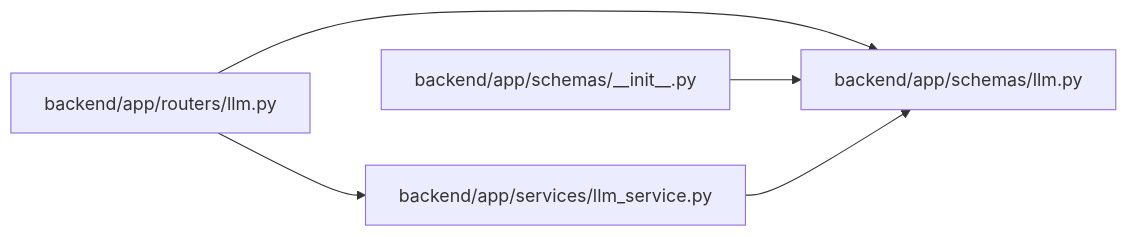
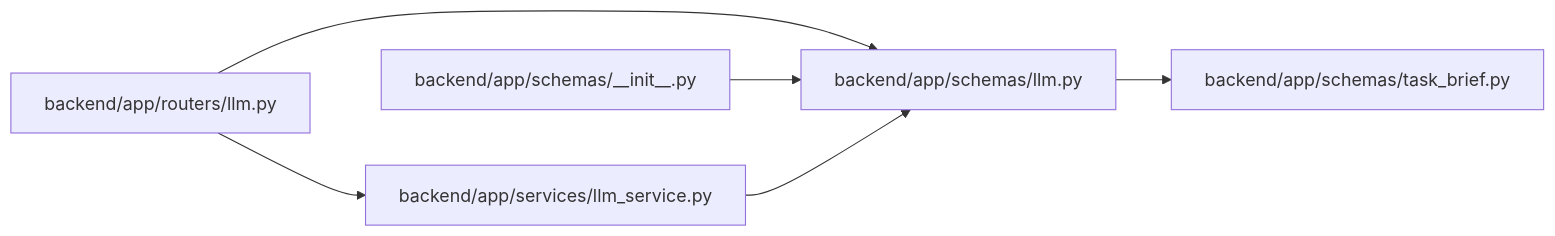
Before and after one commit to Denissvgn/WorkChord: the diagram in docs/llm_wiki/modules/schemas_llm.md, drawn with Mermaid. The commit also changed other lines of this file and 1238 other files, not shown here.

First line of the commit message:
docs(wiki): publish compact canonical domain architecture

````diff
--- a/docs/llm_wiki/modules/schemas_llm.md
+++ b/docs/llm_wiki/modules/schemas_llm.md
@@ -19,15 +20,18 @@
 ```mermaid
 flowchart LR
     n0["backend/app/routers/llm.py"]
     n1["backend/app/schemas/__init__.py"]
     n2["backend/app/schemas/llm.py"]
-    n3["backend/app/services/llm_service.py"]
+    n3["backend/app/schemas/task_brief.py"]
+    n4["backend/app/services/llm_service.py"]
     n0 --> n2
-    n0 --> n3
+    n0 --> n4
     n1 --> n2
-    n3 --> n2
+    n2 --> n3
+    n4 --> n2
     click n0 "../modules/routers_llm.md"
     click n1 "../modules/schemas___init__.md"
     click n2 "../modules/schemas_llm.md"
-    click n3 "../modules/llm_service.md"
+    click n3 "../modules/schemas_task_brief.md"
+    click n4 "../modules/llm_service.md"
 ```
````
